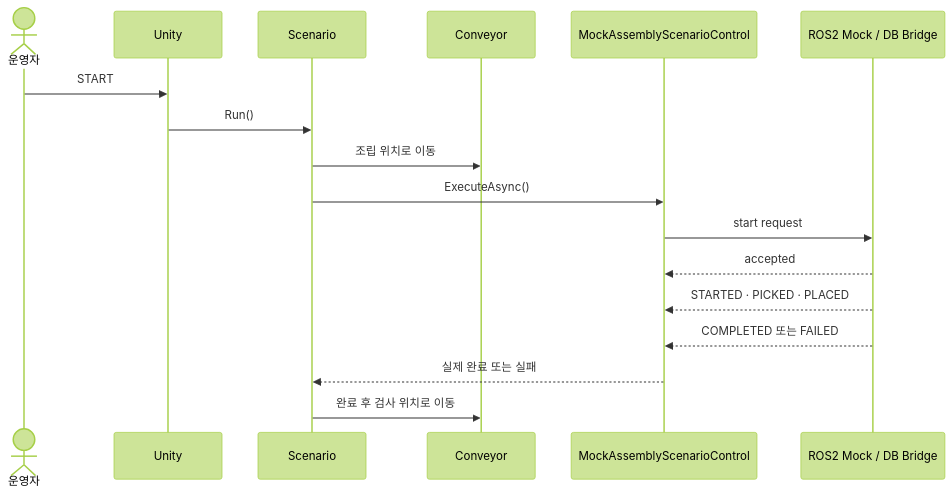
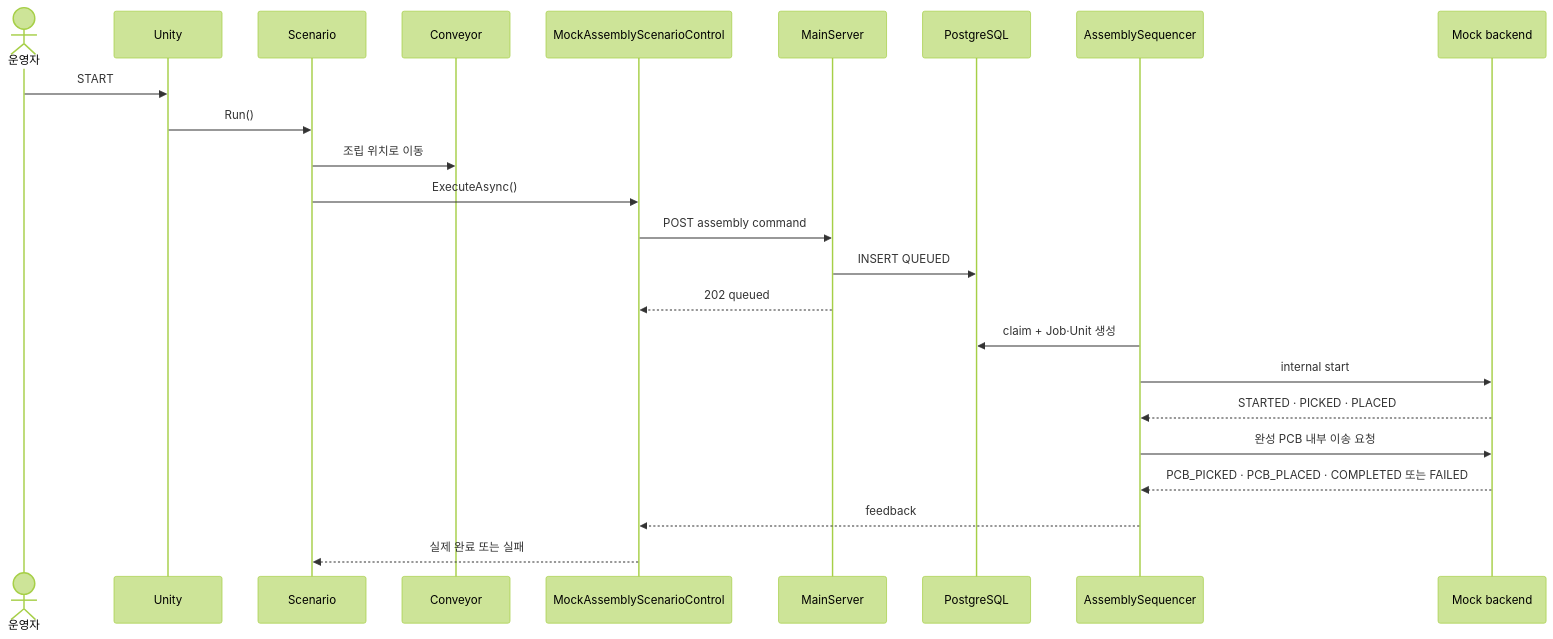
The third of 3 diagrams in docs/index.md (eduwing-robotics/ros2-ai-cobot-repo1), drawn with Mermaid (forest theme) before and after one commit. The commit also changed other lines of this file and 22 other files, not shown here.

Commit message:
feat: route assembly commands through PostgreSQL queue

````diff
--- a/docs/index.md
+++ b/docs/index.md
@@ -85,20 +89,27 @@
 ```mermaid
 sequenceDiagram
     actor Operator as 운영자
     participant Unity
     participant Scenario
     participant Conveyor
     participant Backend as MockAssemblyScenarioControl
-    participant ROS as ROS2 Mock / DB Bridge
+    participant MainServer
+    participant DB as PostgreSQL
+    participant Sequencer as AssemblySequencer
+    participant Mock as Mock backend
 
     Operator->>Unity: START
     Unity->>Scenario: Run()
     Scenario->>Conveyor: 조립 위치로 이동
     Scenario->>Backend: ExecuteAsync()
-    Backend->>ROS: start request
-    ROS-->>Backend: accepted
-    ROS-->>Backend: STARTED · PICKED · PLACED
-    ROS-->>Backend: COMPLETED 또는 FAILED
+    Backend->>MainServer: POST assembly command
+    MainServer->>DB: INSERT QUEUED
+    MainServer-->>Backend: 202 queued
+    Sequencer->>DB: claim + Job·Unit 생성
+    Sequencer->>Mock: internal start
+    Mock-->>Sequencer: STARTED · PICKED · PLACED
+    Sequencer->>Mock: 완성 PCB 내부 이송 요청
+    Mock-->>Sequencer: PCB_PICKED · PCB_PLACED · COMPLETED 또는 FAILED
+    Sequencer-->>Backend: feedback
     Backend-->>Scenario: 실제 완료 또는 실패
-    Scenario->>Conveyor: 완료 후 검사 위치로 이동
 ```
````
